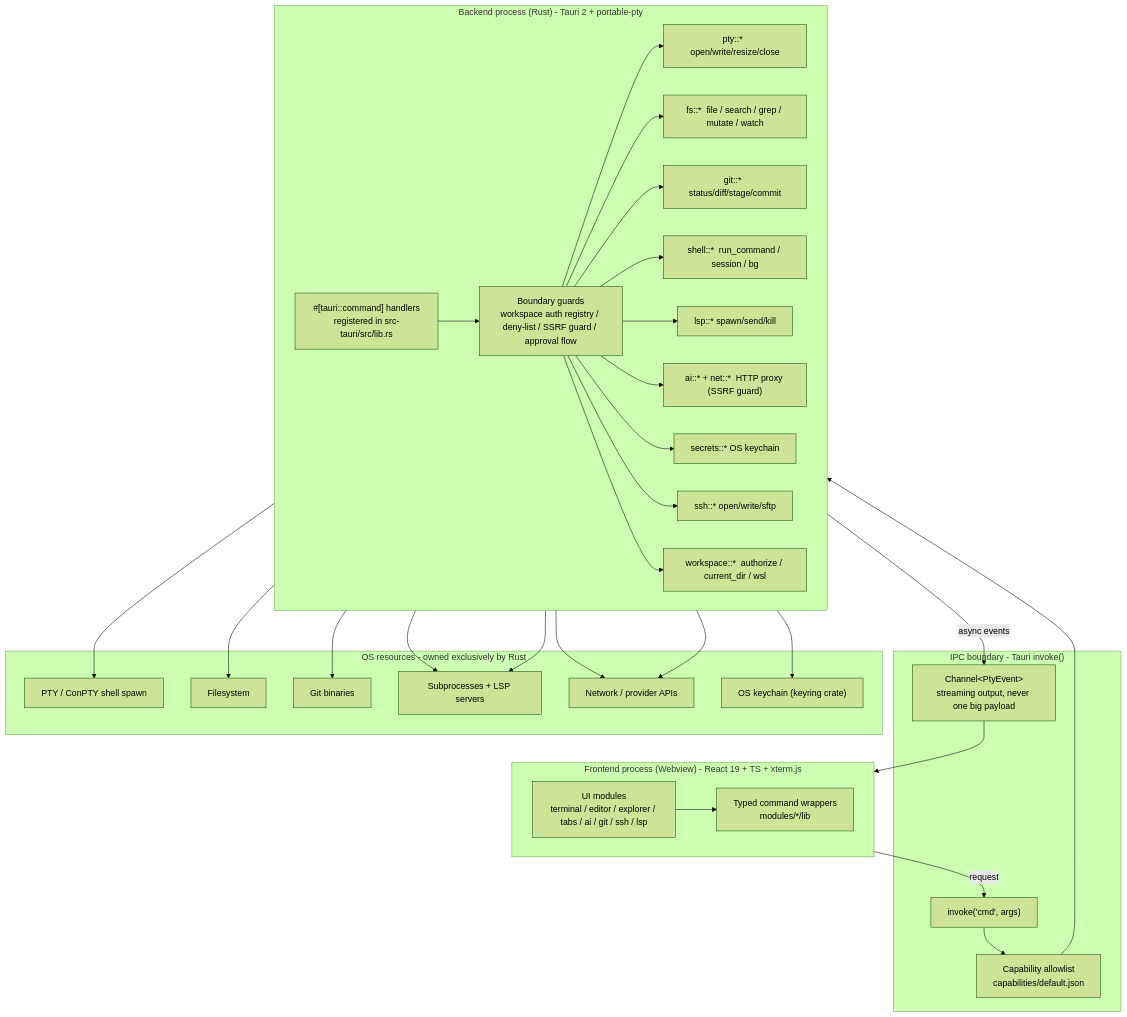
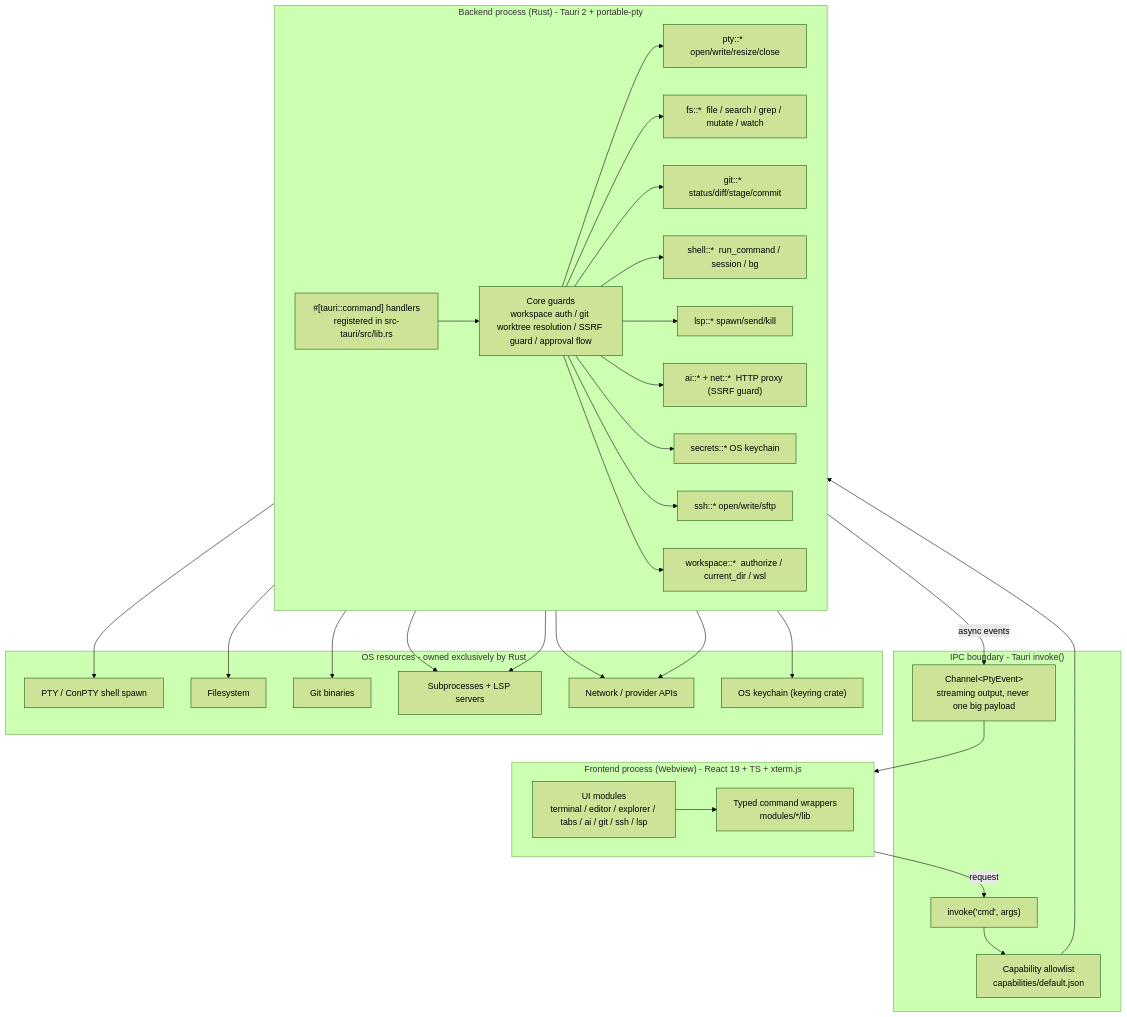
The first of 2 diagrams in docs/architecture/two-process-diagram.md (99apps-id/termigo), drawn with Mermaid (forest theme) before and after one commit. The commit also changed other lines of this file and 581 other files, not shown here.

Commit message:
chore: bump version to 0.9.20, sync no-sandbox architecture, clean dead code and external agent references

````diff
--- a/docs/architecture/two-process-diagram.md
+++ b/docs/architecture/two-process-diagram.md
@@ -7,54 +7,54 @@
 ```mermaid
 flowchart TB
     subgraph FW["Frontend process (Webview) - React 19 + TS + xterm.js"]
         direction LR
         UI["UI modules<br/>terminal / editor / explorer / tabs / ai / git / ssh / lsp"]
         WRAP["Typed command wrappers<br/>modules/*/lib"]
         UI --> WRAP
     end
 
     subgraph IPC["IPC boundary - Tauri invoke()"]
         INV["invoke('cmd', args)"]
         CAP["Capability allowlist<br/>capabilities/default.json"]
         CHAN["Channel&lt;PtyEvent&gt;<br/>streaming output, never one big payload"]
     end
 
     subgraph BK["Backend process (Rust) - Tauri 2 + portable-pty"]
         direction LR
         H["#[tauri::command] handlers<br/>registered in src-tauri/src/lib.rs"]
-        G["Boundary guards<br/>workspace auth registry / deny-list / SSRF guard / approval flow"]
+        G["Core guards<br/>workspace auth / git worktree resolution / SSRF guard / approval flow"]
         H --> G
         G --> PTY["pty::*  open/write/resize/close"]
         G --> FS["fs::*  file / search / grep / mutate / watch"]
         G --> GIT["git::*  status/diff/stage/commit"]
         G --> SH["shell::*  run_command / session / bg"]
         G --> LSP["lsp::*  spawn/send/kill"]
         G --> AI["ai::* + net::*  HTTP proxy (SSRF guard)"]
         G --> SEC["secrets::*  OS keychain"]
         G --> SSH["ssh::*  open/write/sftp"]
         G --> WS["workspace::*  authorize / current_dir / wsl"]
     end
 
     subgraph OS["OS resources - owned exclusively by Rust"]
         O1["PTY / ConPTY shell spawn"]
         O2["Filesystem"]
         O3["Git binaries"]
         O4["Subprocesses + LSP servers"]
         O5["Network / provider APIs"]
         O6["OS keychain (keyring crate)"]
     end
 
     WRAP -->|"request"| INV
     INV --> CAP
     CAP --> H
     H -->|"async events"| CHAN
     CHAN --> UI
     PTY --> O1
     FS --> O2
     GIT --> O3
     SH --> O4
     LSP --> O4
     AI --> O5
     SSH --> O5
     SEC --> O6
 ```
````
